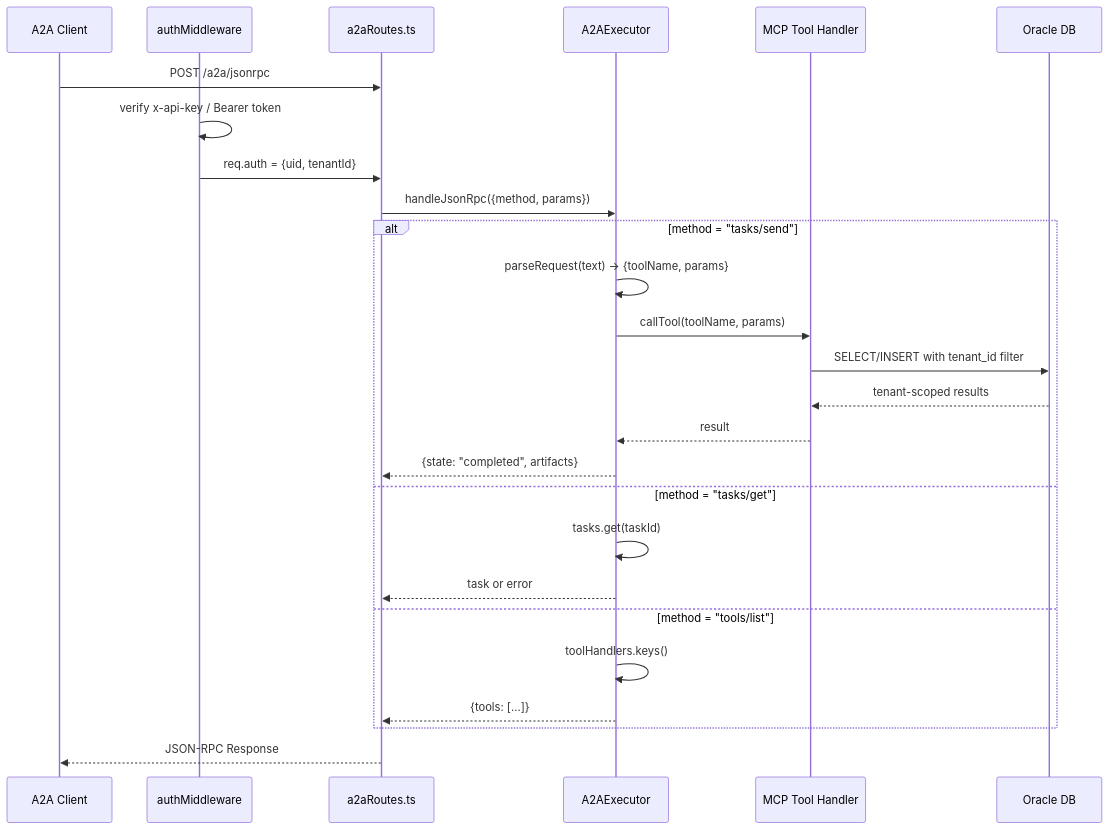
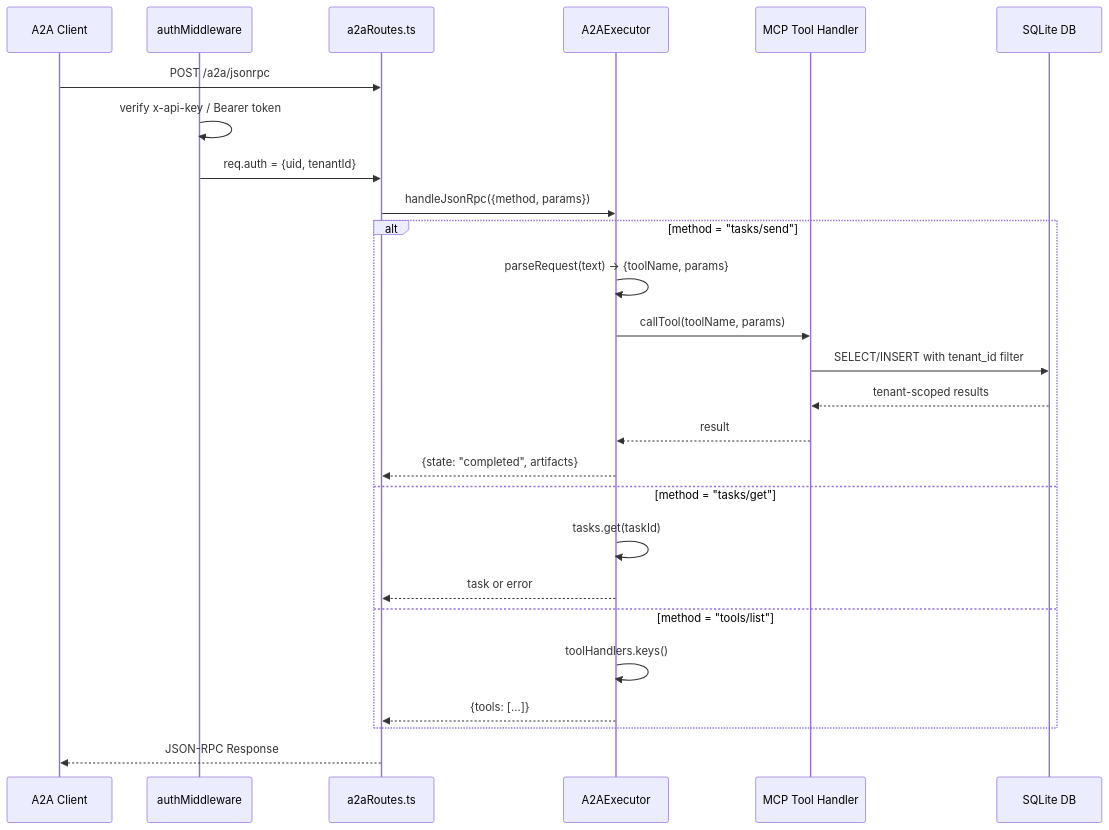
One commit to giauphan/codeatlas-platform changed the third of 10 diagrams in docs/a2a-flow.md. Above: the diagram before and after it, drawn with Mermaid. The commit also changed other lines of this file and 79 other files, not shown here.

First line of the commit message:
Migrate from Oracle to SQLite as default database (#226)

````diff
--- a/docs/a2a-flow.md
+++ b/docs/a2a-flow.md
@@ -52,32 +52,32 @@
 ```mermaid
 sequenceDiagram
     participant Client as A2A Client
     participant Auth as authMiddleware
     participant Routes as a2aRoutes.ts
     participant Executor as A2AExecutor
     participant Tool as MCP Tool Handler
-    participant DB as Oracle DB
+    participant DB as SQLite DB
 
     Client->>Routes: POST /a2a/jsonrpc
     Auth->>Auth: verify x-api-key / Bearer token
     Auth->>Routes: req.auth = {uid, tenantId}
 
     Routes->>Executor: handleJsonRpc({method, params})
 
     alt method = "tasks/send"
         Executor->>Executor: parseRequest(text) -> {toolName, params}
         Executor->>Tool: callTool(toolName, params)
         Tool->>DB: SELECT/INSERT with tenant_id filter
         DB-->>Tool: tenant-scoped results
         Tool-->>Executor: result
         Executor-->>Routes: {state: "completed", artifacts}
     else method = "tasks/get"
         Executor->>Executor: tasks.get(taskId)
         Executor-->>Routes: task or error
     else method = "tools/list"
         Executor->>Executor: toolHandlers.keys()
         Executor-->>Routes: {tools: [...]}
     end
 
     Routes-->>Client: JSON-RPC Response
 ```
````
